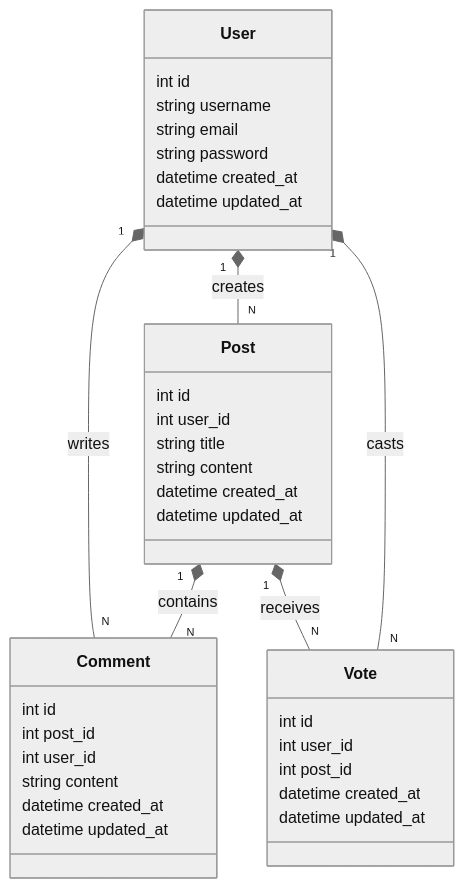
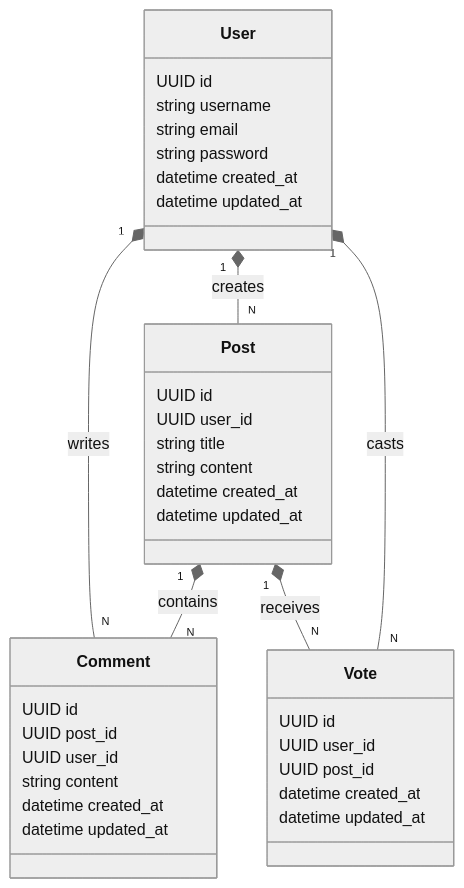
The diagram in README.md (wesleybertipaglia/spring-forum), drawn with Mermaid (neutral theme) before and after one commit.

Commit message:
docs: update README
updated ERD

````diff
--- a/README.md
+++ b/README.md
@@ -18,43 +18,43 @@
 ```mermaid
 classDiagram
     class User {
-        int id
+        UUID id
         string username
         string email
         string password
         datetime created_at
         datetime updated_at
     }
     
     class Post {
-        int id
-        int user_id
+        UUID id
+        UUID user_id
         string title
         string content
         datetime created_at
         datetime updated_at
     }
     
     class Comment {
-        int id
-        int post_id
-        int user_id
+        UUID id
+        UUID post_id
+        UUID user_id
         string content
         datetime created_at
         datetime updated_at
     }
     
     class Vote {
-        int id
-        int user_id
-        int post_id
+        UUID id
+        UUID user_id
+        UUID post_id
         datetime created_at
         datetime updated_at
     }
 
     User "1" *-- "N" Post : creates
     Post "1" *-- "N" Comment : contains
     User "1" *-- "N" Comment : writes
     User "1" *-- "N" Vote : casts
     Post "1" *-- "N" Vote : receives
 ```
````
